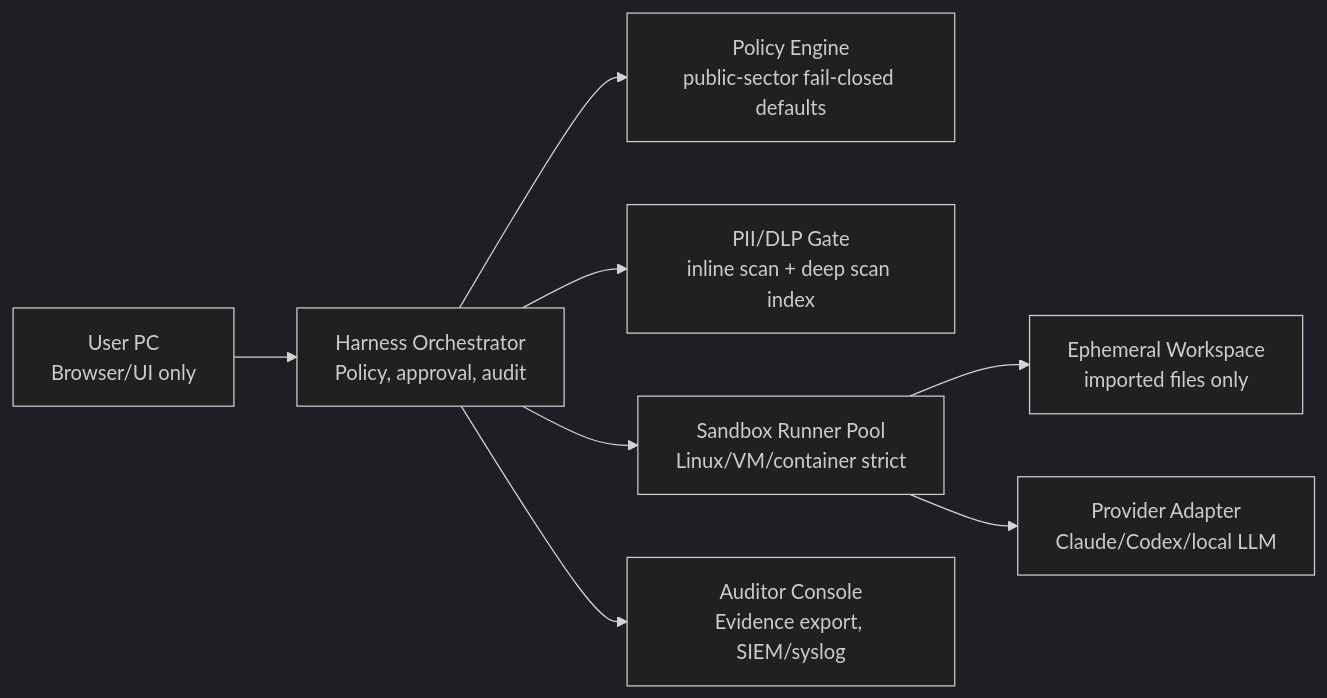
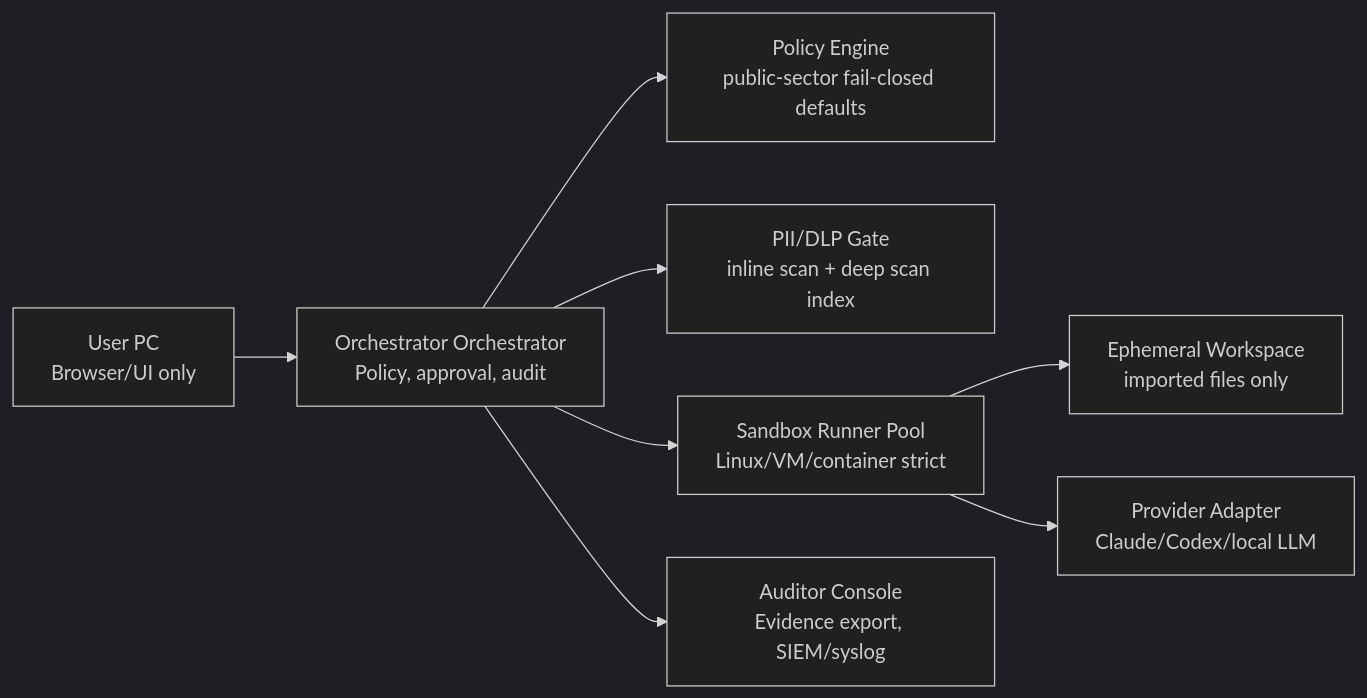
The diagram in pipeline-dashboard/docs/public-sector-hardening-plan.md (SJJ-universe/harness-pipeline), drawn with Mermaid (dark theme) before and after one commit. The commit also changed other lines of this file and 385 other files, not shown here.

````diff
--- a/pipeline-dashboard/docs/public-sector-hardening-plan.md
+++ b/pipeline-dashboard/docs/public-sector-hardening-plan.md
@@ -57,10 +57,10 @@
 ```mermaid
 flowchart LR
-  U["User PC\nBrowser/UI only"] --> O["Harness Orchestrator\nPolicy, approval, audit"]
+  U["User PC\nBrowser/UI only"] --> O["Orchestrator Orchestrator\nPolicy, approval, audit"]
   O --> P["Policy Engine\npublic-sector fail-closed defaults"]
   O --> D["PII/DLP Gate\ninline scan + deep scan index"]
   O --> R["Sandbox Runner Pool\nLinux/VM/container strict"]
   R --> W["Ephemeral Workspace\nimported files only"]
   R --> L["Provider Adapter\nClaude/Codex/local LLM"]
   O --> A["Auditor Console\nEvidence export, SIEM/syslog"]
 ```
````
